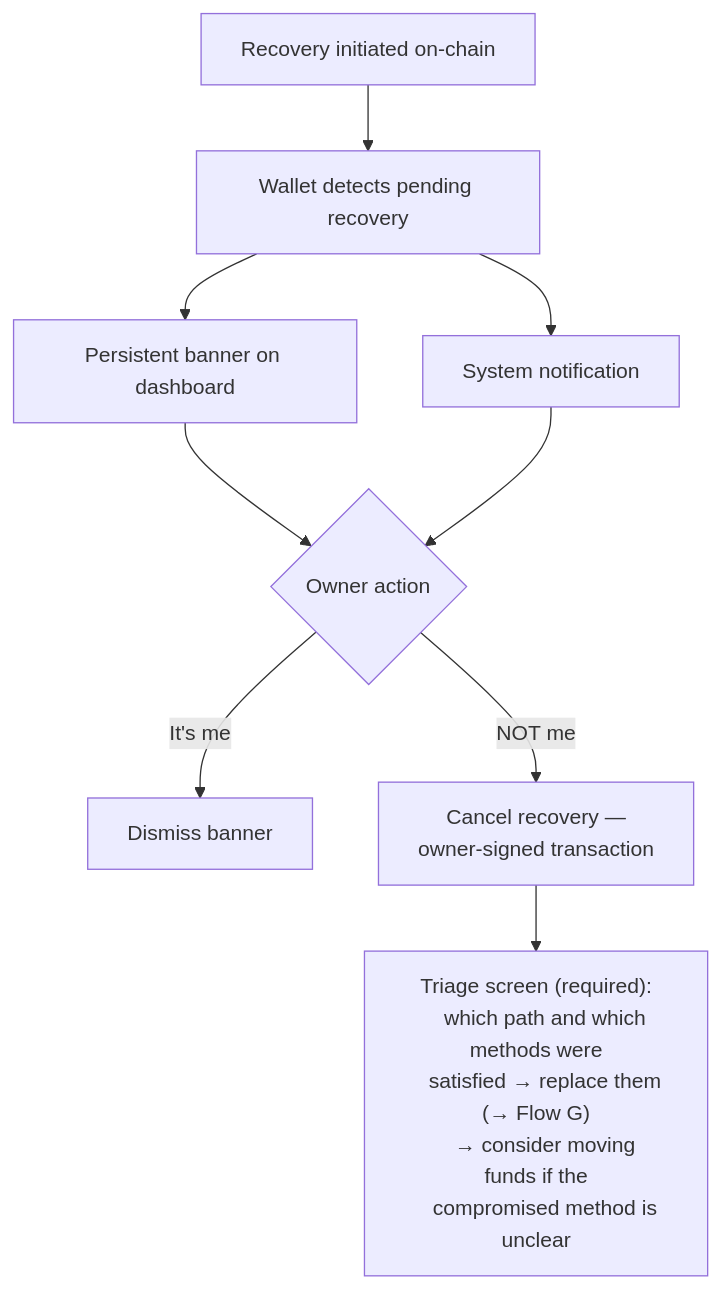
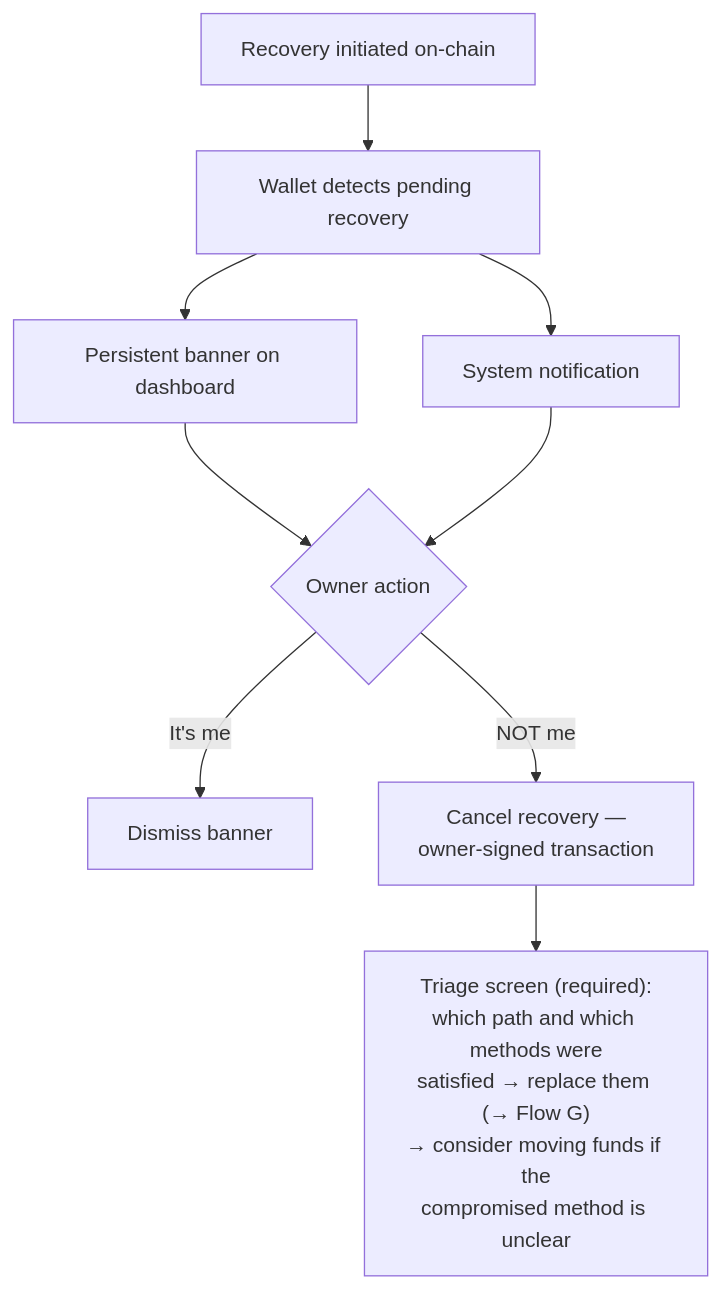
Before and after one commit to FiboAtWonder/kohaku-extension: the sixth of 10 diagrams in social-recovery-ux-flows.md, drawn with Mermaid. The commit also changed other lines of this file, not shown here.

First line of the commit message:
docs: single-line mermaid labels + cross-flow click links

````diff
--- a/social-recovery-ux-flows.md
+++ b/social-recovery-ux-flows.md
@@ -314,16 +279,13 @@
 ```mermaid
 flowchart TD
     A[Recovery initiated on-chain] --> B[Wallet detects pending recovery]
     B --> C[Persistent banner on dashboard]
     B --> D[System notification]
     C --> E{"Owner action"}
     D --> E
     E -->|It's me| F[Dismiss banner]
-    E -->|NOT me| G["Cancel recovery —
-    owner-signed transaction"]
-    G --> T["Triage screen (required):
-    which path and which methods were
-    satisfied → replace them (→ Flow G)
-    → consider moving funds if the
-    compromised method is unclear"]
+    E -->|NOT me| G["Cancel recovery —<br/>owner-signed transaction"]
+    G --> T["Triage screen (required):<br/>which path and which methods were<br/>satisfied → replace them (→ Flow G)<br/>→ consider moving funds if the<br/>compromised method is unclear"]
+
+    click T href "#flow-g--recovery-paths--method-management"
 ```
````
